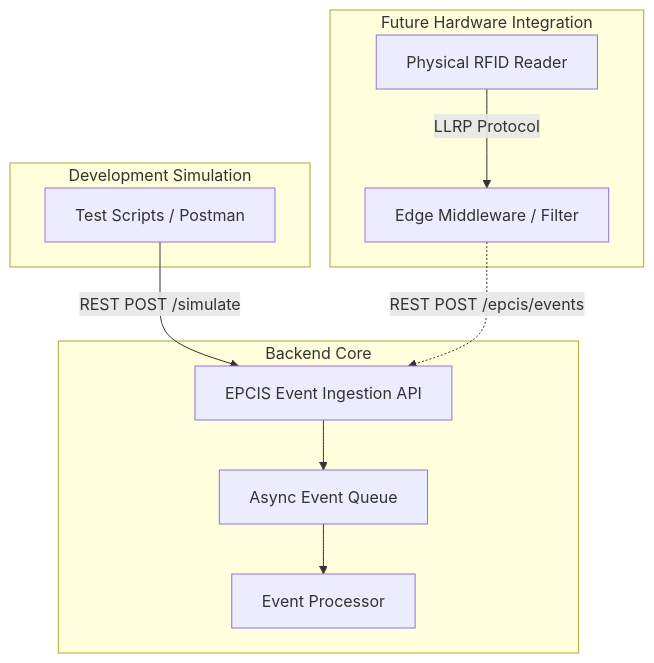
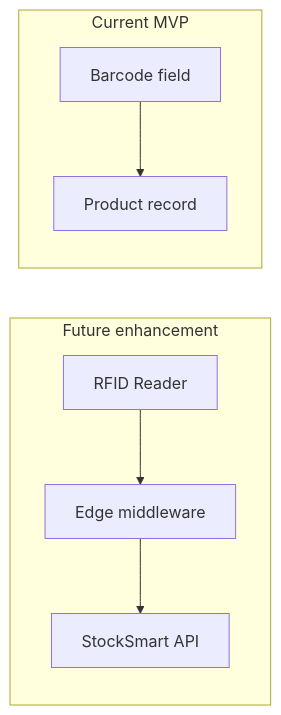
One commit to kirtika-0102/StockSmart changed the second of 2 diagrams in docs/barcode-rfid.md. Above: the diagram before and after it, drawn with Mermaid. The commit also changed other lines of this file and 74 other files, not shown here.

Commit message:
architecture of application

````diff
--- a/docs/barcode-rfid.md
+++ b/docs/barcode-rfid.md
@@ -171,24 +59,13 @@
 ```mermaid
-flowchart TD
-    subgraph "Future Hardware Integration"
-        Reader["Physical RFID Reader"]
-        Edge["Edge Middleware / Filter"]
-        Reader -->|"LLRP Protocol"| Edge
+flowchart LR
+    subgraph Future["Future enhancement"]
+        Reader[RFID Reader]
+        Middleware[Edge middleware]
+        API[StockSmart API]
+        Reader --> Middleware --> API
     end
-
-    subgraph "Development Simulation"
-        DevScript["Test Scripts / Postman"]
-    end
-
-    DevScript -->|"REST POST /simulate"| API
-    Edge -.->|"REST POST /epcis/events"| API
-
-    subgraph "Backend Core"
-        API["EPCIS Event Ingestion API"]
-        Queue["Async Event Queue"]
-        Processor["Event Processor"]
-        
-        API --> Queue
-        Queue --> Processor
+    subgraph MVP["Current MVP"]
+        Barcode[Barcode field]
+        Barcode --> Product[Product record]
     end
 ```
````
